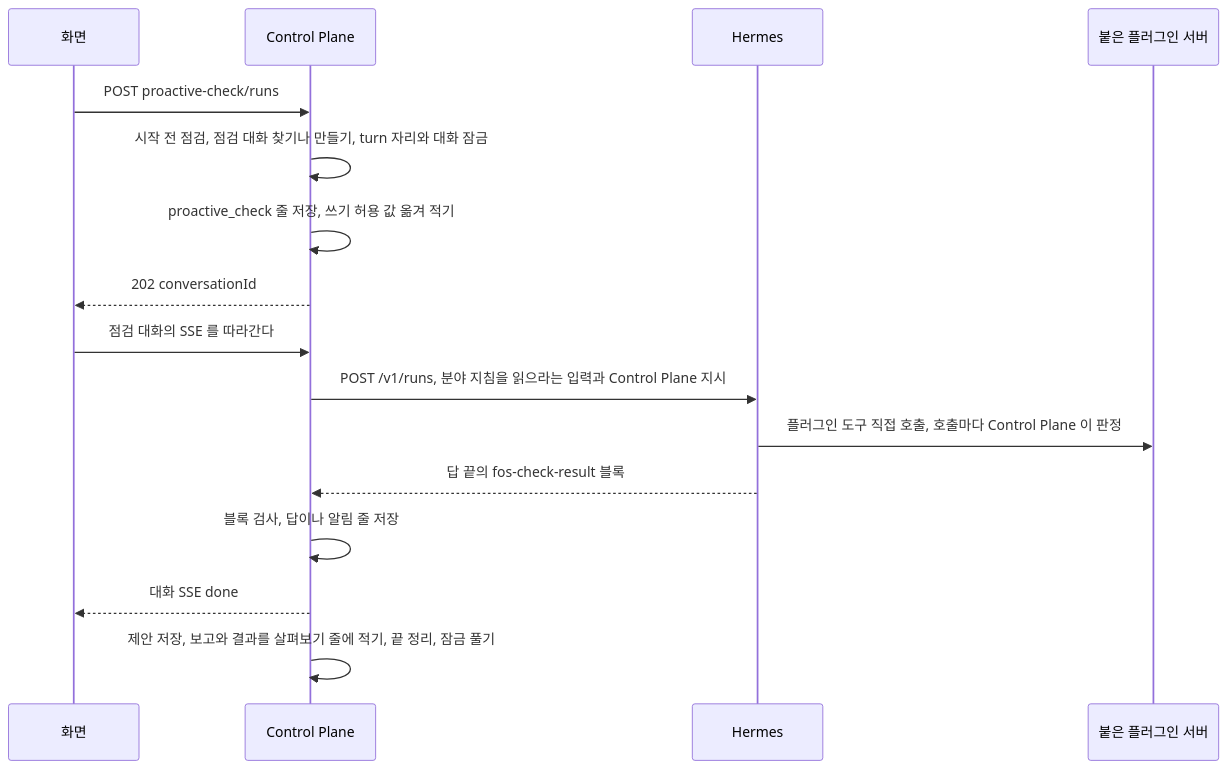
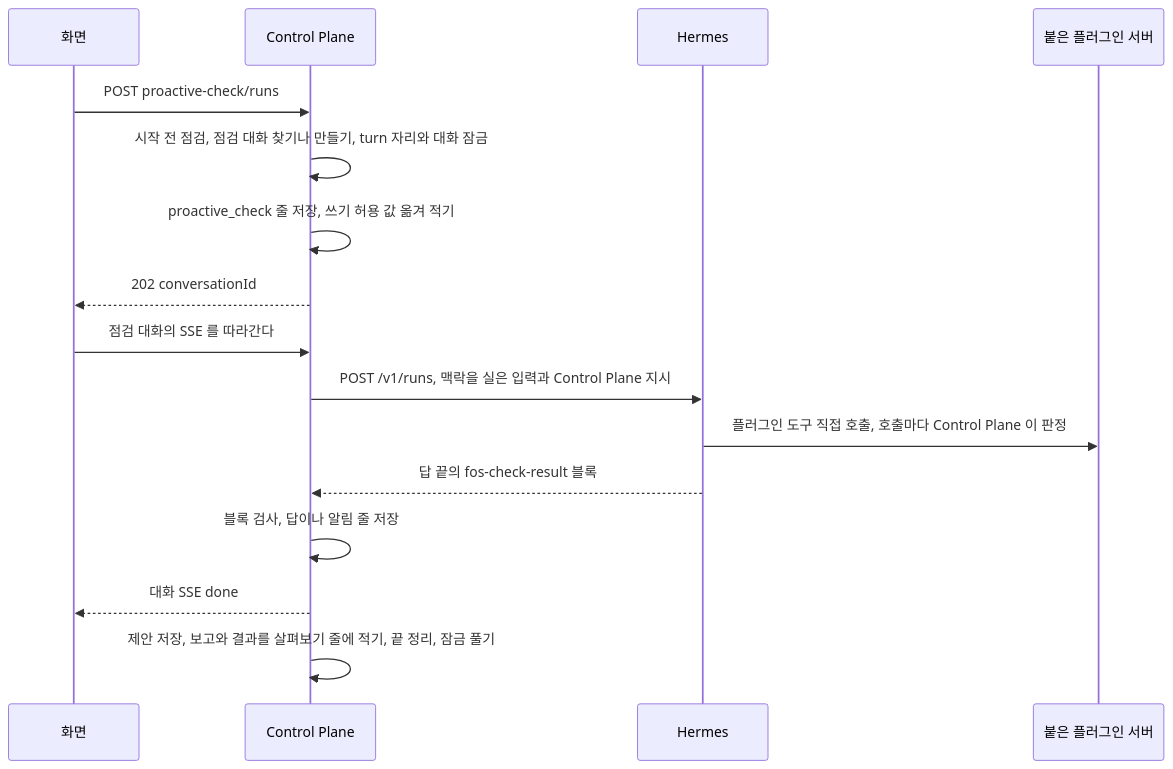
The diagram in docs/features/proactive.md (jon890/fos-assistant), drawn with Mermaid before and after one commit. The commit also changed other lines of this file and 18 other files, not shown here.

````diff
--- a/docs/features/proactive.md
+++ b/docs/features/proactive.md
@@ -110,18 +110,18 @@
 ```mermaid
 sequenceDiagram
     participant W as 화면
     participant C as Control Plane
     participant H as Hermes
     participant D as 붙은 플러그인 서버
     W->>C: POST proactive-check/runs
     C->>C: 시작 전 점검, 점검 대화 찾기나 만들기, turn 자리와 대화 잠금
     C->>C: proactive_check 줄 저장, 쓰기 허용 값 옮겨 적기
     C-->>W: 202 conversationId
     W->>C: 점검 대화의 SSE 를 따라간다
-    C->>H: POST /v1/runs, 분야 지침을 읽으라는 입력과 Control Plane 지시
+    C->>H: POST /v1/runs, 맥락을 실은 입력과 Control Plane 지시
     H->>D: 플러그인 도구 직접 호출, 호출마다 Control Plane 이 판정
     H-->>C: 답 끝의 fos-check-result 블록
     C->>C: 블록 검사, 답이나 알림 줄 저장
     C-->>W: 대화 SSE done
     C->>C: 제안 저장, 보고와 결과를 살펴보기 줄에 적기, 끝 정리, 잠금 풀기
 ```
````
